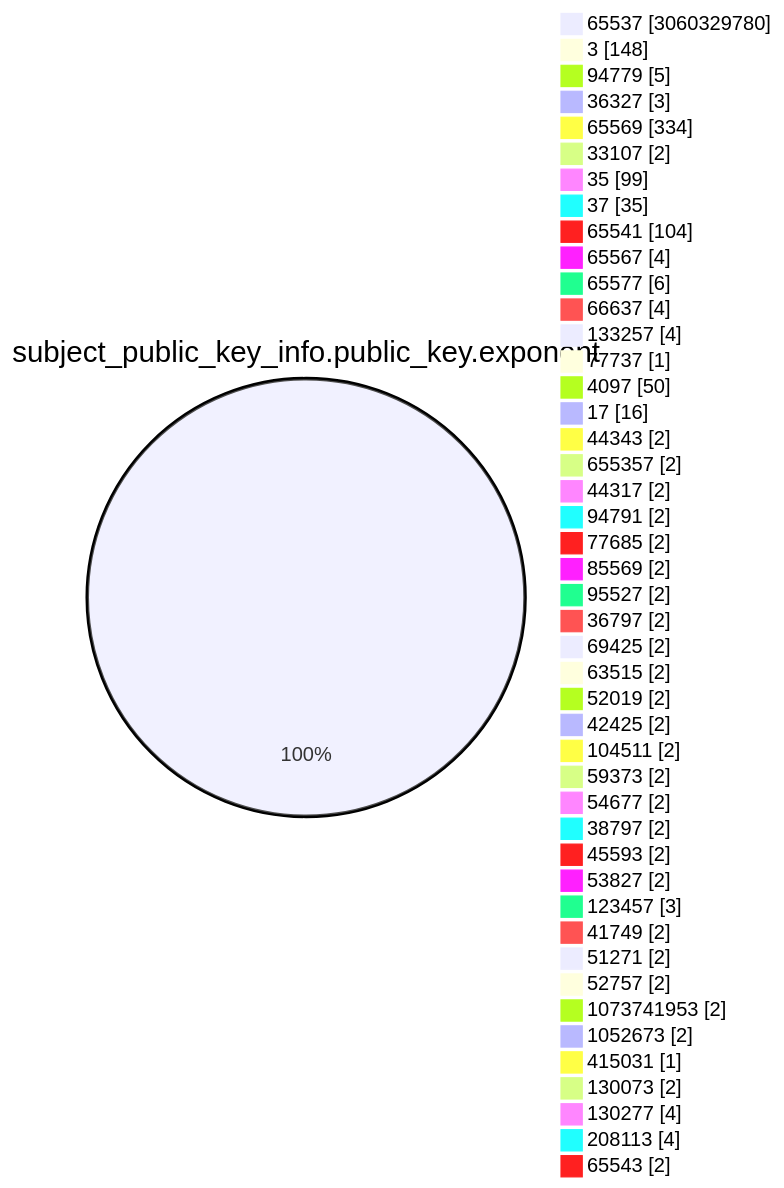
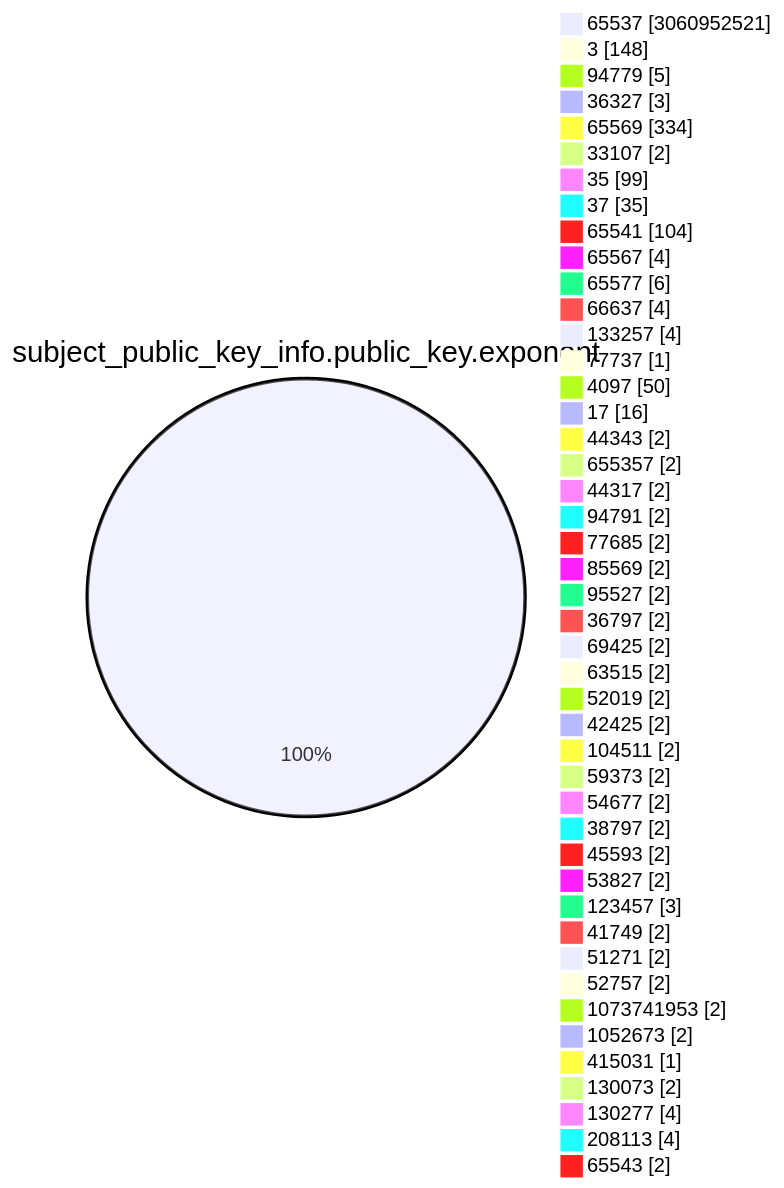
One commit to christiankrug/ctmonitor_visualization changed the fourth of 15 diagrams in TOTAL/README.md. Above: the diagram before and after it, drawn with Mermaid. The commit also changed other lines of this file, not shown here.

````diff
--- a/TOTAL/README.md
+++ b/TOTAL/README.md
@@ -1473,49 +1473,49 @@
 ```mermaid
 pie showData
 title subject_public_key_info.public_key.exponent
-"65537" :3060329780
+"65537" :3060952521
 "3" :148
 "94779" :5
 "36327" :3
 "65569" :334
 "33107" :2
 "35" :99
 "37" :35
 "65541" :104
 "65567" :4
 "65577" :6
 "66637" :4
 "133257" :4
 "77737" :1
 "4097" :50
 "17" :16
 "44343" :2
 "655357" :2
 "44317" :2
 "94791" :2
 "77685" :2
 "85569" :2
 "95527" :2
 "36797" :2
 "69425" :2
 "63515" :2
 "52019" :2
 "42425" :2
 "104511" :2
 "59373" :2
 "54677" :2
 "38797" :2
 "45593" :2
 "53827" :2
 "123457" :3
 "41749" :2
 "51271" :2
 "52757" :2
 "1073741953" :2
 "1052673" :2
 "415031" :1
 "130073" :2
 "130277" :4
 "208113" :4
 "65543" :2
 ```
````
